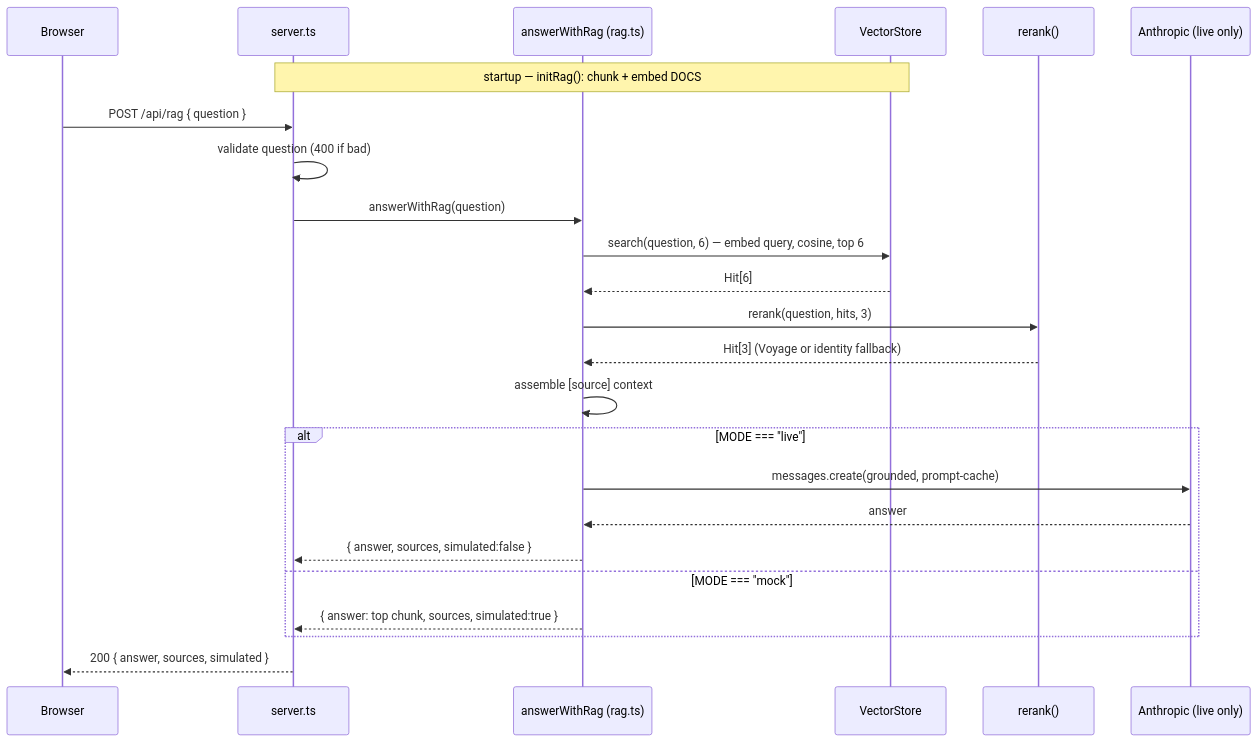
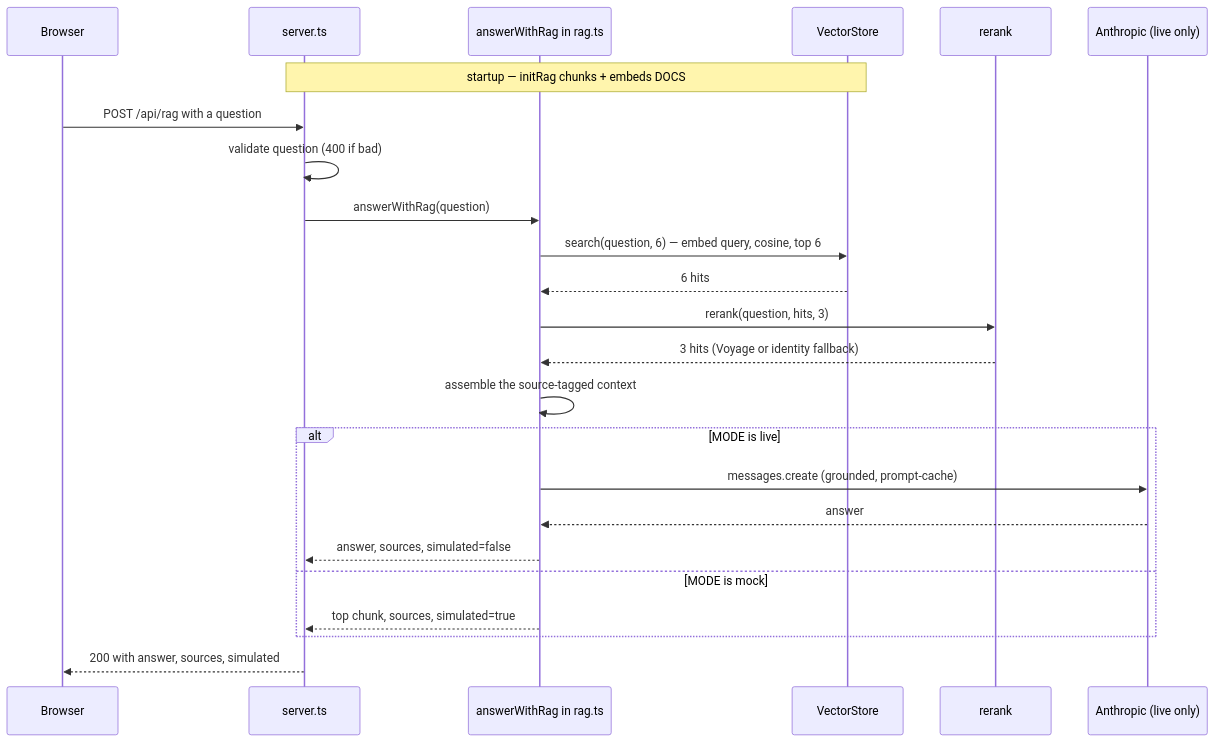
Before and after one commit to ArikEpstein/ai-arena: the third of 3 diagrams in DATAFLOW.md, drawn with Mermaid. The commit also changed other lines of this file and 14 other files, not shown here.

First line of the commit message:
Polish for publish: fix mermaid diagrams, add demo GIF + Pages meta, health files, 0 vulns

````diff
--- a/DATAFLOW.md
+++ b/DATAFLOW.md
@@ -190,27 +190,27 @@
 ```mermaid
 sequenceDiagram
     participant Browser
     participant Express as server.ts
-    participant RAG as answerWithRag (rag.ts)
+    participant RAG as answerWithRag in rag.ts
     participant VS as VectorStore
-    participant RR as rerank()
+    participant RR as rerank
     participant Model as Anthropic (live only)
 
-    Note over Express,VS: startup — initRag(): chunk + embed DOCS
-    Browser->>Express: POST /api/rag { question }
+    Note over Express,VS: startup — initRag chunks + embeds DOCS
+    Browser->>Express: POST /api/rag with a question
     Express->>Express: validate question (400 if bad)
     Express->>RAG: answerWithRag(question)
     RAG->>VS: search(question, 6) — embed query, cosine, top 6
-    VS-->>RAG: Hit[6]
+    VS-->>RAG: 6 hits
     RAG->>RR: rerank(question, hits, 3)
-    RR-->>RAG: Hit[3] (Voyage or identity fallback)
-    RAG->>RAG: assemble [source] context
-    alt MODE === "live"
-        RAG->>Model: messages.create(grounded, prompt-cache)
+    RR-->>RAG: 3 hits (Voyage or identity fallback)
+    RAG->>RAG: assemble the source-tagged context
+    alt MODE is live
+        RAG->>Model: messages.create (grounded, prompt-cache)
         Model-->>RAG: answer
-        RAG-->>Express: { answer, sources, simulated:false }
-    else MODE === "mock"
-        RAG-->>Express: { answer: top chunk, sources, simulated:true }
+        RAG-->>Express: answer, sources, simulated=false
+    else MODE is mock
+        RAG-->>Express: top chunk, sources, simulated=true
     end
-    Express-->>Browser: 200 { answer, sources, simulated }
+    Express-->>Browser: 200 with answer, sources, simulated
 ```
````
